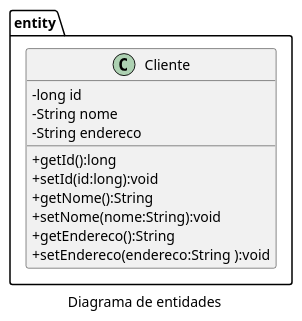
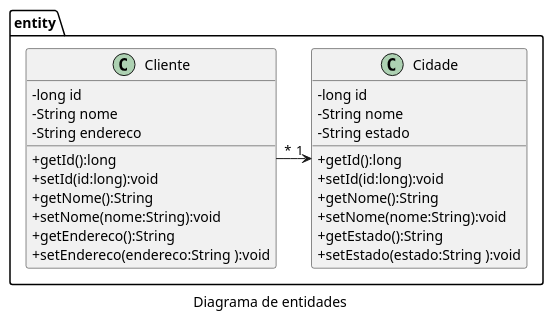
Before and after one commit to waltercoan/fso-turmaa-proj: the diagram in diagramas/entidades.puml, drawn with PlantUML. The commit also changed 13 other files, not shown here.

```diff
--- a/diagramas/entidades.puml
+++ b/diagramas/entidades.puml
@@ -1,19 +1,34 @@
 @startuml
 skinparam classAttributeIconSize 0
 caption Diagrama de entidades
 namespace entity {
     class Cliente {
         - long id
         - String nome
         - String endereco
 
         + getId():long
         + setId(id:long):void
         + getNome():String
         + setNome(nome:String):void
         + getEndereco():String
         + setEndereco(endereco:String ):void
         
     }
+     class Cidade {
+        - long id
+        - String nome
+        - String estado
+
+        + getId():long
+        + setId(id:long):void
+        + getNome():String
+        + setNome(nome:String):void
+        + getEstado():String
+        + setEstado(estado:String ):void
+        
+    }
+
+    Cliente "*" -> "1" Cidade
 }
 @enduml
```
